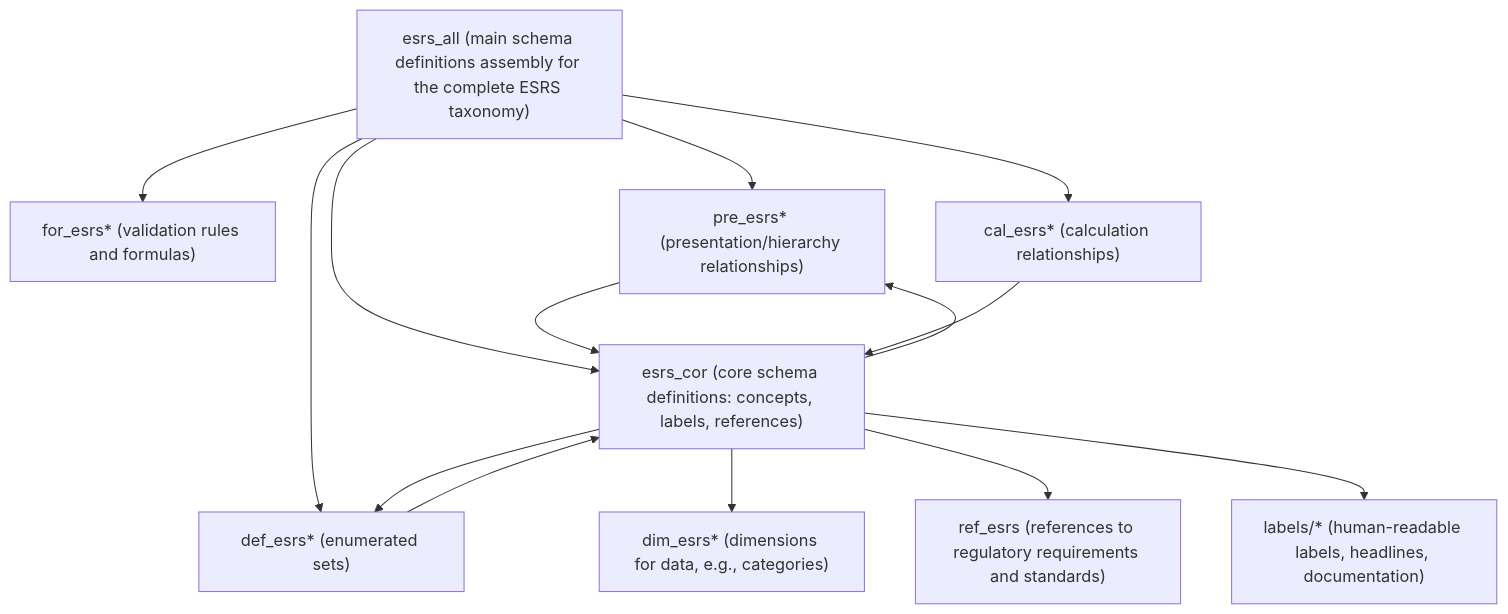
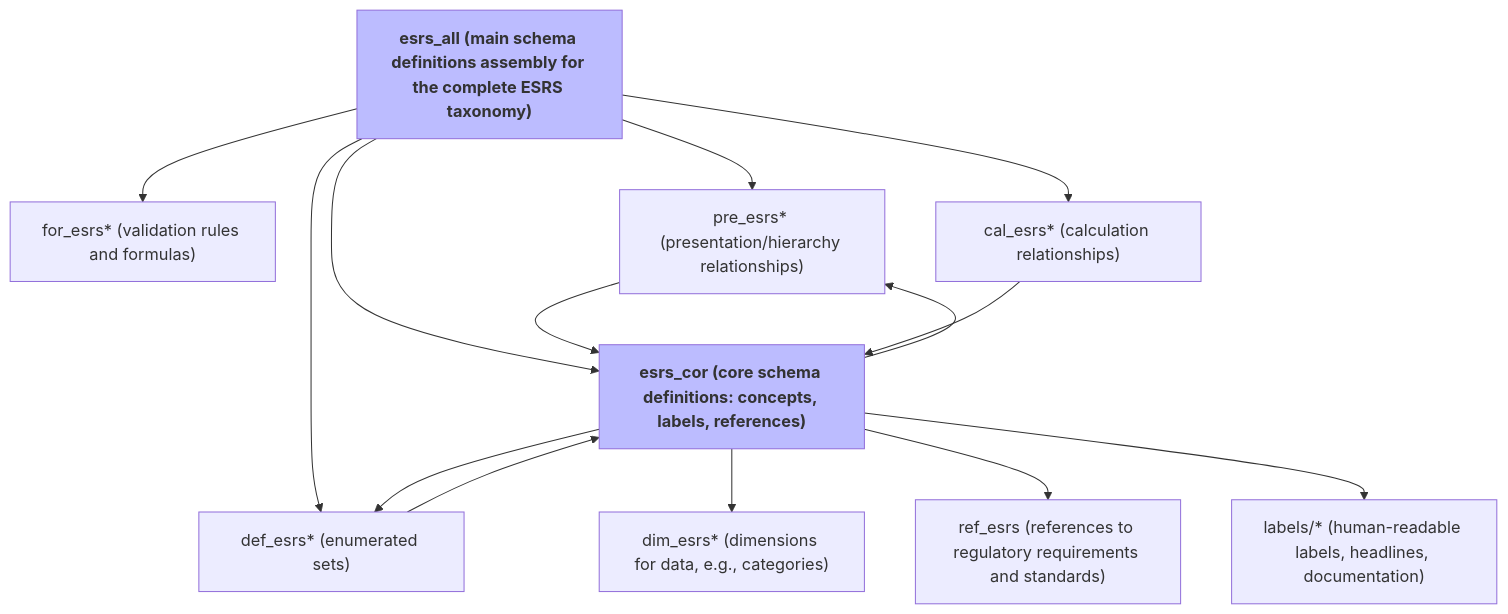
One commit to Climate-Action-Agency/esrs-xbrl-parser changed the diagram in README.md. Above: the diagram before and after it, drawn with Mermaid.

Commit message:
Mermaid graph classDef important

````diff
--- a/README.md
+++ b/README.md
@@ -159,18 +159,23 @@
 ```mermaid
 graph TD
+	classDef important fill:#bcbcff, font-weight:bold;
+
 	esrs_all["esrs_all (main schema definitions assembly for the complete ESRS taxonomy)"] --> for_esrs*["for_esrs* (validation rules and formulas)"]
 	esrs_all --> pre_esrs*["pre_esrs* (presentation/hierarchy relationships)"]
 	esrs_all --> cal_esrs*["cal_esrs* (calculation relationships)"]
 	esrs_all --> def_esrs*["def_esrs* (enumerated sets)"]
 	esrs_all --> esrs_cor["esrs_cor (core schema definitions: concepts, labels, references)"]
 
 	pre_esrs* --> esrs_cor
 	cal_esrs* --> esrs_cor
 	def_esrs* --> esrs_cor
 
 	esrs_cor --> pre_esrs*
 	esrs_cor --> def_esrs*
 	esrs_cor --> dim_esrs*["dim_esrs* (dimensions for data, e.g., categories)"]
 	esrs_cor --> ref_esrs["ref_esrs (references to regulatory requirements and standards)"]
 	esrs_cor --> labels/*["labels/* (human-readable labels, headlines, documentation)"]
+
+	class esrs_all important;
+	class esrs_cor important;
 ```
````
